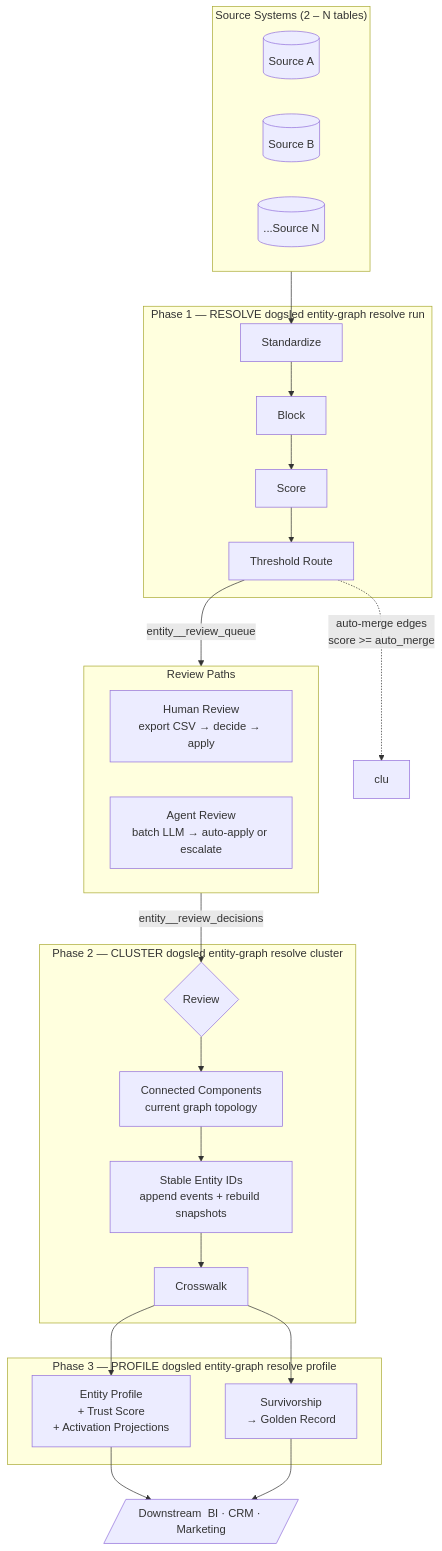
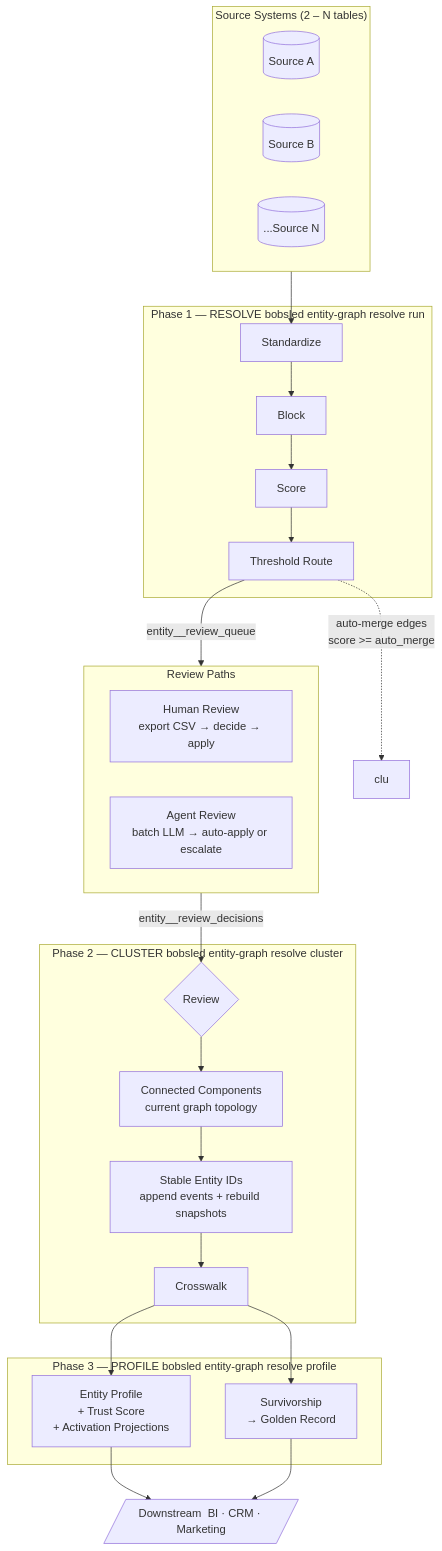
One commit to bobsled-inc/dogsled-core changed the first of 4 diagrams in docs/reference/advanced/entity-graph-workflow-diagrams.md. Above: the diagram before and after it, drawn with Mermaid. The commit also changed other lines of this file and 765 other files, not shown here.

````diff
--- a/docs/reference/advanced/entity-graph-workflow-diagrams.md
+++ b/docs/reference/advanced/entity-graph-workflow-diagrams.md
@@ -11,43 +11,43 @@
 ```mermaid
 flowchart TD
     subgraph SRC["Source Systems  (2 – N tables)"]
         sa[(Source A)]
         sb[(Source B)]
         sn[(...Source N)]
     end
 
-    subgraph PH1["Phase 1 — RESOLVE       dogsled entity-graph resolve run"]
+    subgraph PH1["Phase 1 — RESOLVE       bobsled entity-graph resolve run"]
         std["Standardize"]
         blk["Block"]
         scr["Score"]
         thr["Threshold Route"]
         std --> blk --> scr --> thr
     end
 
-    subgraph PH2["Phase 2 — CLUSTER       dogsled entity-graph resolve cluster"]
+    subgraph PH2["Phase 2 — CLUSTER       bobsled entity-graph resolve cluster"]
         rev{Review}
         cmp["Connected Components\ncurrent graph topology"]
         sid["Stable Entity IDs\nappend events + rebuild snapshots"]
         xwk["Crosswalk"]
         rev --> cmp --> sid --> xwk
     end
 
     subgraph RPATH["Review Paths"]
         hr["Human Review\nexport CSV → decide → apply"]
         ag["Agent Review\nbatch LLM → auto-apply or escalate"]
     end
 
-    subgraph PH3["Phase 3 — PROFILE       dogsled entity-graph resolve profile"]
+    subgraph PH3["Phase 3 — PROFILE       bobsled entity-graph resolve profile"]
         prf["Entity Profile\n+ Trust Score\n+ Activation Projections"]
         srv["Survivorship\n→ Golden Record"]
     end
 
     SRC --> std
     thr -->|"entity__review_queue"| RPATH
     thr -.->|"auto-merge edges\nscore >= auto_merge"| clu
     RPATH -->|"entity__review_decisions"| rev
     xwk --> prf
     xwk --> srv
     prf --> OUT[/"Downstream  BI · CRM · Marketing"/]
     srv --> OUT
 ```
````
